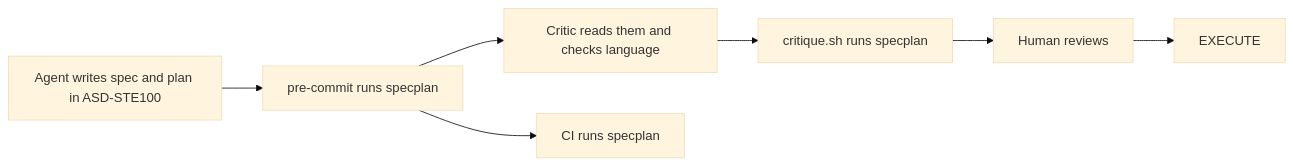
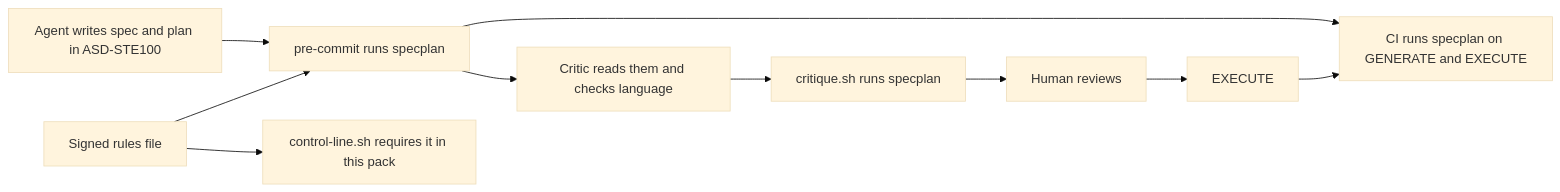
Before and after one commit to kadaluarsa/barbaric-driven-development: the second of 2 diagrams in docs/cascade/05b-t94-specplan-contract.md, drawn with Mermaid (base theme). The commit also changed other lines of this file and 4 other files, not shown here.

````diff
--- a/docs/cascade/05b-t94-specplan-contract.md
+++ b/docs/cascade/05b-t94-specplan-contract.md
@@ -66,9 +66,12 @@
 ```mermaid
 flowchart LR
   A[Agent writes spec and plan in ASD-STE100] --> S[pre-commit runs specplan]
   S --> B[Critic reads them and checks language]
   B --> E[critique.sh runs specplan]
   E --> C[Human reviews]
   C --> D[EXECUTE]
-  S --> CI[CI runs specplan]
+  S --> CI[CI runs specplan on GENERATE and EXECUTE]
+  D --> CI
+  R[Signed rules file] --> S
+  R --> CL[control-line.sh requires it in this pack]
 ```
````
